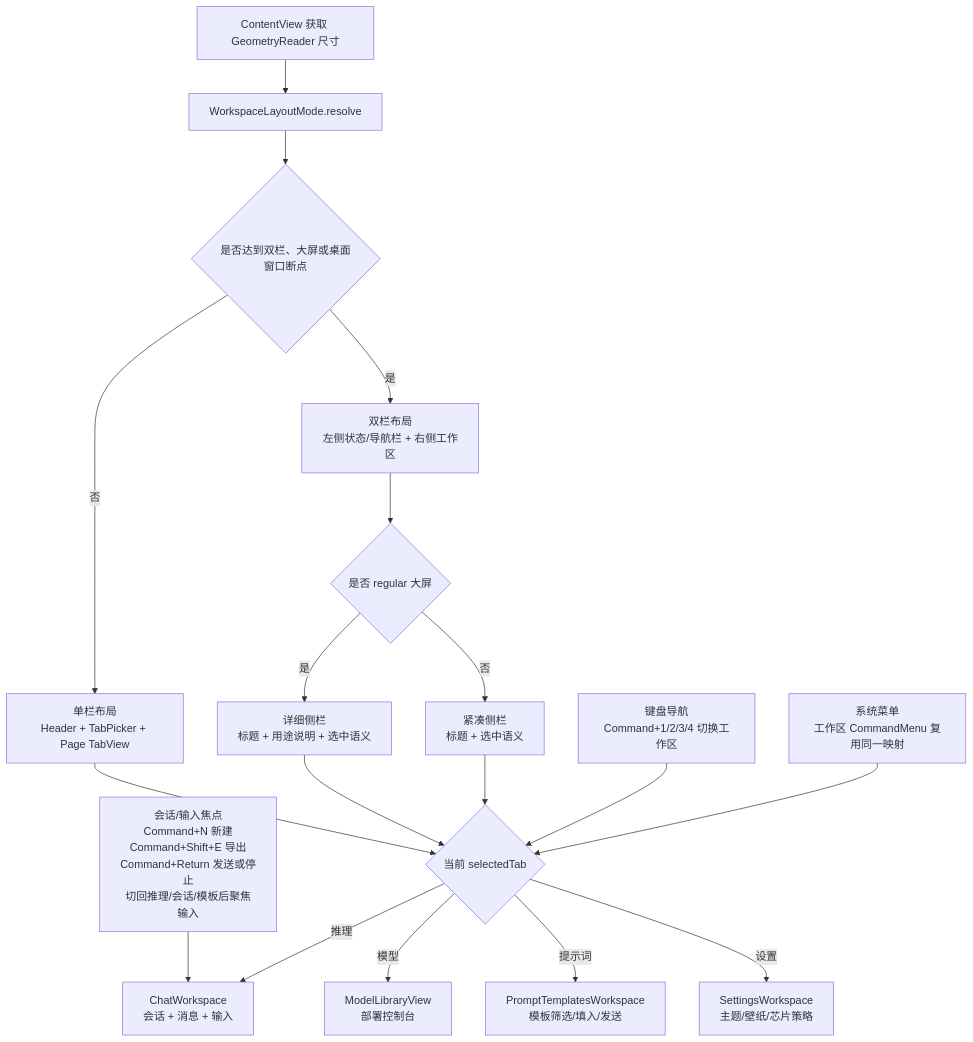
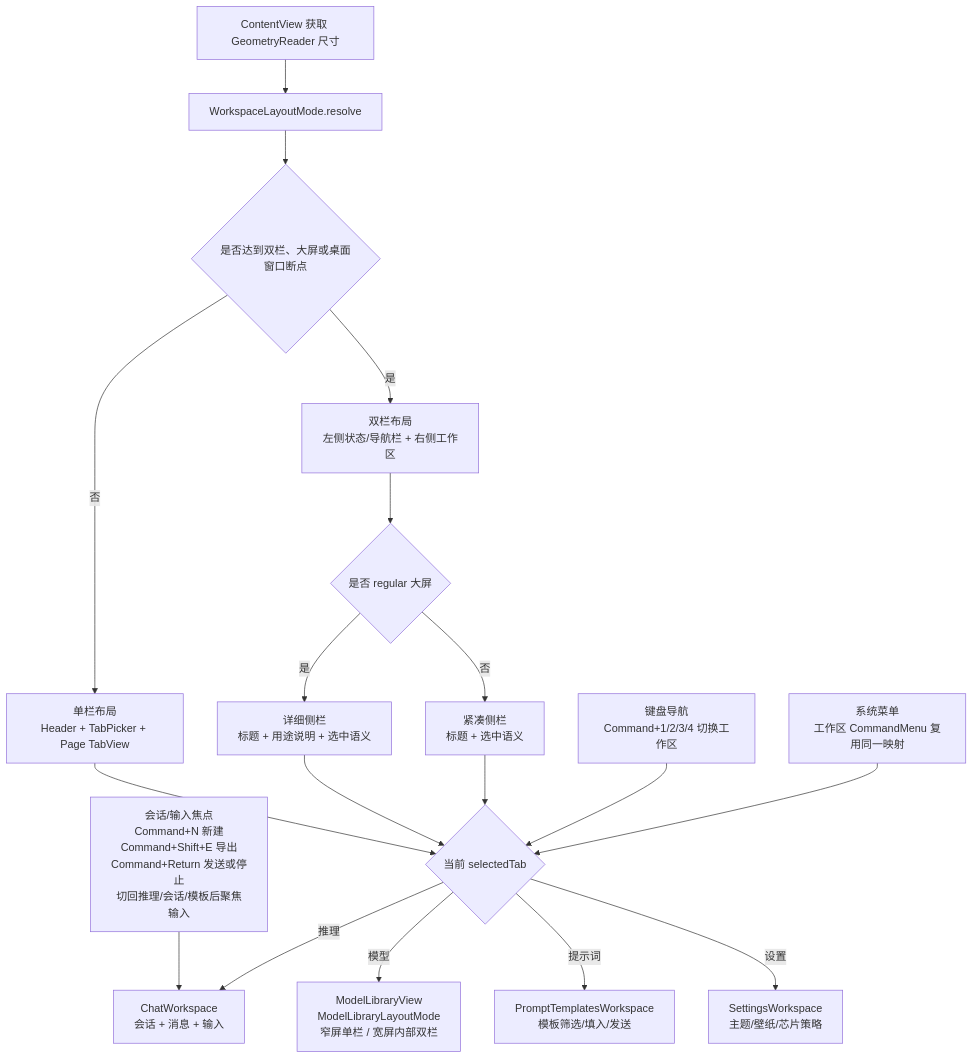
Before and after one commit to Altman-sam114/113: the fourth of 9 diagrams in md/flow/flowchart.md, drawn with Mermaid. The commit also changed 8 other files, not shown here.

````diff
--- a/md/flow/flowchart.md
+++ b/md/flow/flowchart.md
@@ -68,20 +68,20 @@
 ```mermaid
 flowchart TD
     A[ContentView 获取 GeometryReader 尺寸] --> B[WorkspaceLayoutMode.resolve]
     B --> C{是否达到双栏、大屏或桌面窗口断点}
     C -- 否 --> D[单栏布局<br/>Header + TabPicker + Page TabView]
     C -- 是 --> E[双栏布局<br/>左侧状态/导航栏 + 右侧工作区]
     E --> N{是否 regular 大屏}
     N -- 是 --> O[详细侧栏<br/>标题 + 用途说明 + 选中语义]
     N -- 否 --> P[紧凑侧栏<br/>标题 + 选中语义]
     D --> F{当前 selectedTab}
     O --> F
     P --> F
     K[键盘导航<br/>Command+1/2/3/4 切换工作区] --> F
     M[系统菜单<br/>工作区 CommandMenu 复用同一映射] --> F
     L[会话/输入焦点<br/>Command+N 新建<br/>Command+Shift+E 导出<br/>Command+Return 发送或停止<br/>切回推理/会话/模板后聚焦输入] --> G
     F -- 推理 --> G[ChatWorkspace<br/>会话 + 消息 + 输入]
-    F -- 模型 --> H[ModelLibraryView<br/>部署控制台]
+    F -- 模型 --> H[ModelLibraryView<br/>ModelLibraryLayoutMode<br/>窄屏单栏 / 宽屏内部双栏]
     F -- 提示词 --> I[PromptTemplatesWorkspace<br/>模板筛选/填入/发送]
     F -- 设置 --> J[SettingsWorkspace<br/>主题/壁纸/芯片策略]
 ```
````
